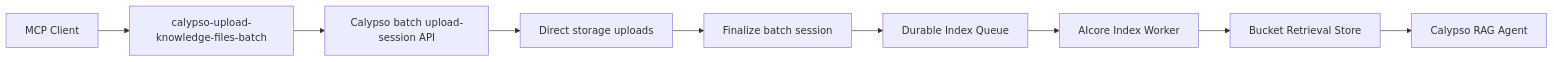
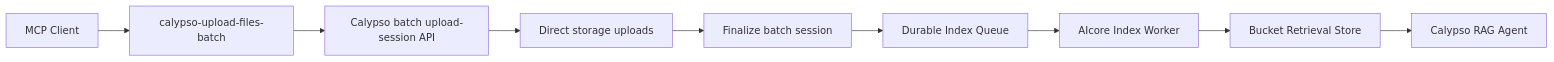
The first of 2 diagrams in docs/BATCH_UPLOAD_FEATURE_COMPARISON_RAG_ANYTHING.md (calypso-so/calypso-mcp-server), drawn with Mermaid before and after one commit. The commit also changed other lines of this file and 9 other files, not shown here.

````diff
--- a/docs/BATCH_UPLOAD_FEATURE_COMPARISON_RAG_ANYTHING.md
+++ b/docs/BATCH_UPLOAD_FEATURE_COMPARISON_RAG_ANYTHING.md
@@ -50,11 +50,11 @@
 ```mermaid
 flowchart LR
-  userCall["MCP Client"] --> calypsoTool["calypso-upload-knowledge-files-batch"]
+  userCall["MCP Client"] --> calypsoTool["calypso-upload-files-batch"]
   calypsoTool --> sessionApi["Calypso batch upload-session API"]
   sessionApi --> directStorage["Direct storage uploads"]
   directStorage --> finalize["Finalize batch session"]
   finalize --> durableQueue["Durable Index Queue"]
   durableQueue --> indexWorker["AIcore Index Worker"]
   indexWorker --> bucketStore["Bucket Retrieval Store"]
   bucketStore --> ragAgent["Calypso RAG Agent"]
 ```
````
